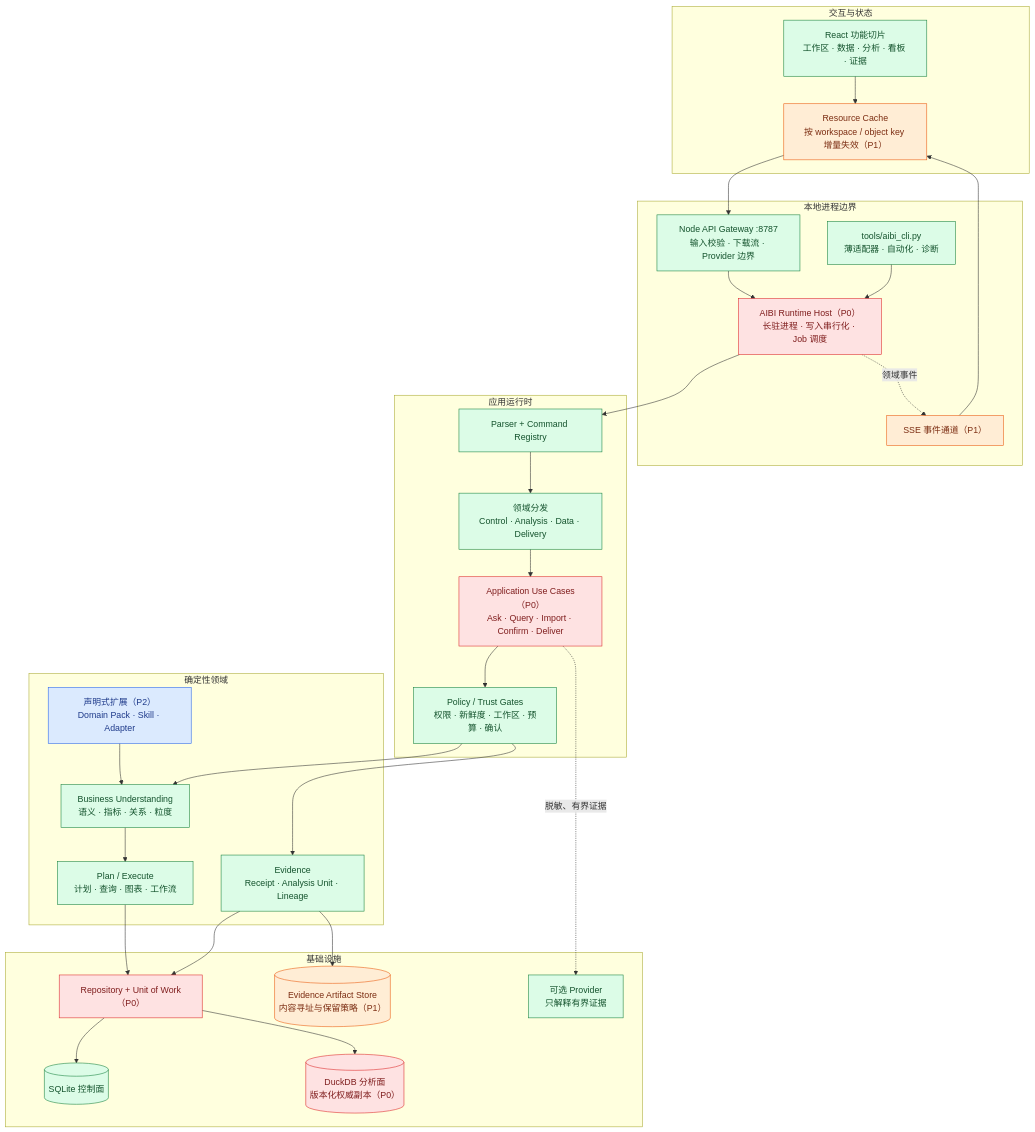
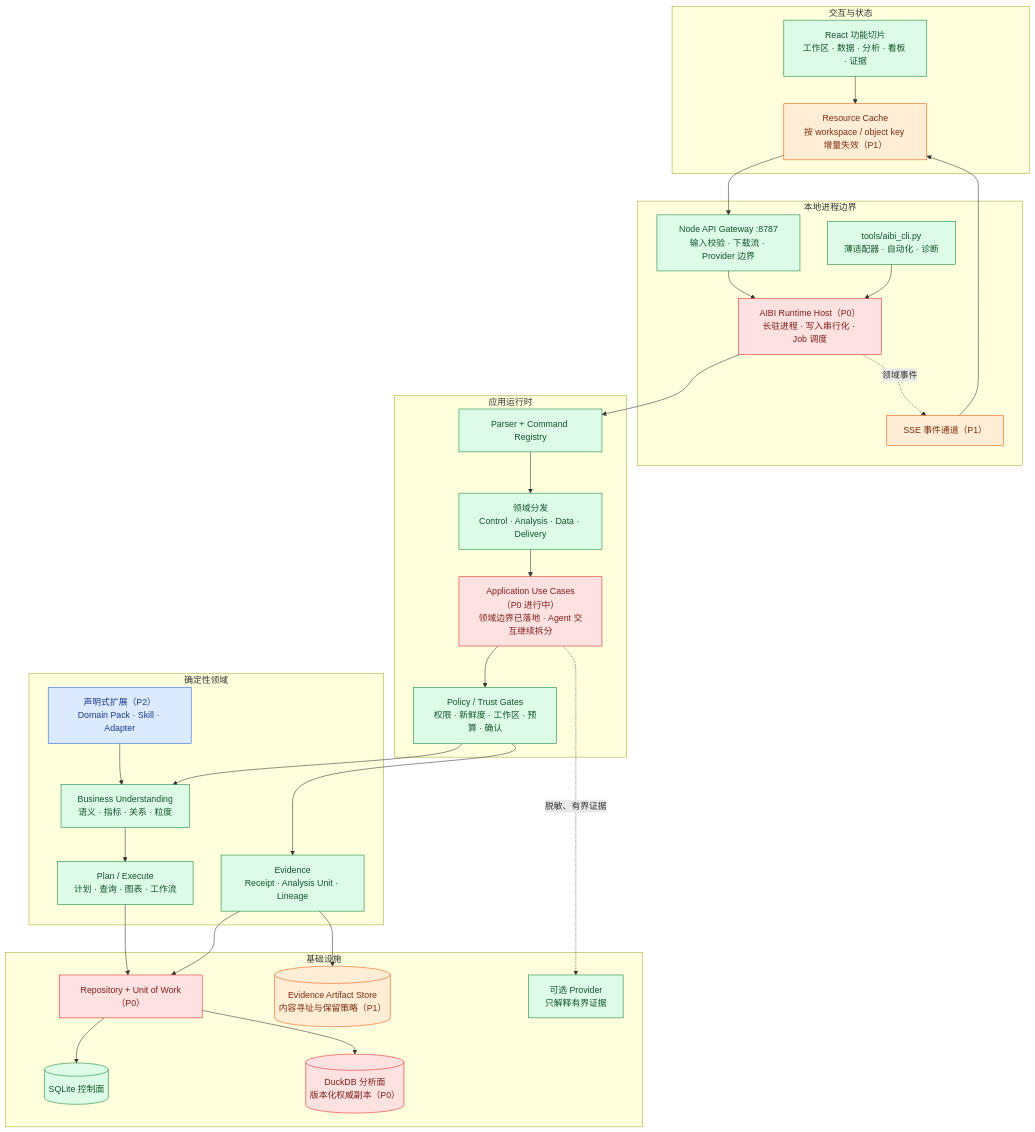
One commit to LeoSasion/ontology-frontend-framework-type-c changed the diagram in docs/development-roadmap.md. Above: the diagram before and after it, drawn with Mermaid. The commit also changed other lines of this file and 89 other files, not shown here.

````diff
--- a/docs/development-roadmap.md
+++ b/docs/development-roadmap.md
@@ -13,59 +13,59 @@
 ```mermaid
 flowchart TB
   subgraph Experience["交互与状态"]
     UI["React 功能切片<br/>工作区 · 数据 · 分析 · 看板 · 证据"]
     CACHE["Resource Cache<br/>按 workspace / object key 增量失效（P1）"]
   end
 
   subgraph Boundary["本地进程边界"]
     API["Node API Gateway :8787<br/>输入校验 · 下载流 · Provider 边界"]
     SSE["SSE 事件通道（P1）"]
     HOST["AIBI Runtime Host（P0）<br/>长驻进程 · 写入串行化 · Job 调度"]
     CLI["tools/aibi_cli.py<br/>薄适配器 · 自动化 · 诊断"]
   end
 
   subgraph Application["应用运行时"]
     REG["Parser + Command Registry"]
     ROUTE["领域分发<br/>Control · Analysis · Data · Delivery"]
-    CASES["Application Use Cases（P0）<br/>Ask · Query · Import · Confirm · Deliver"]
+    CASES["Application Use Cases（P0 进行中）<br/>领域边界已落地 · Agent 交互继续拆分"]
     GUARD["Policy / Trust Gates<br/>权限 · 新鲜度 · 工作区 · 预算 · 确认"]
   end
 
   subgraph Domain["确定性领域"]
     SEM["Business Understanding<br/>语义 · 指标 · 关系 · 粒度"]
     PLAN["Plan / Execute<br/>计划 · 查询 · 图表 · 工作流"]
     EVIDENCE["Evidence<br/>Receipt · Analysis Unit · Lineage"]
     EXT["声明式扩展（P2）<br/>Domain Pack · Skill · Adapter"]
   end
 
   subgraph Infrastructure["基础设施"]
     REPO["Repository + Unit of Work（P0）"]
     SQLITE[("SQLite 控制面")]
     DUCK[("DuckDB 分析面<br/>版本化权威副本（P0）")]
     CAS[("Evidence Artifact Store<br/>内容寻址与保留策略（P1）")]
     PROVIDER["可选 Provider<br/>只解释有界证据"]
   end
 
   UI --> CACHE --> API --> HOST
   CLI --> HOST
   HOST --> REG --> ROUTE --> CASES --> GUARD
   GUARD --> SEM --> PLAN
   GUARD --> EVIDENCE
   EXT --> SEM
   PLAN --> REPO
   EVIDENCE --> REPO
   REPO --> SQLITE
   REPO --> DUCK
   EVIDENCE --> CAS
   CASES -. "脱敏、有界证据" .-> PROVIDER
   HOST -. "领域事件" .-> SSE --> CACHE
 
   classDef shipped fill:#dcfce7,stroke:#15803d,color:#14532d;
   classDef p0 fill:#fee2e2,stroke:#dc2626,color:#7f1d1d;
   classDef p1 fill:#ffedd5,stroke:#ea580c,color:#7c2d12;
   classDef p2 fill:#dbeafe,stroke:#2563eb,color:#1e3a8a;
   class CLI,REG,ROUTE,API,UI,GUARD,SEM,PLAN,EVIDENCE,SQLITE,PROVIDER shipped;
   class HOST,CASES,REPO,DUCK p0;
   class CACHE,SSE,CAS p1;
   class EXT p2;
 ```
````
